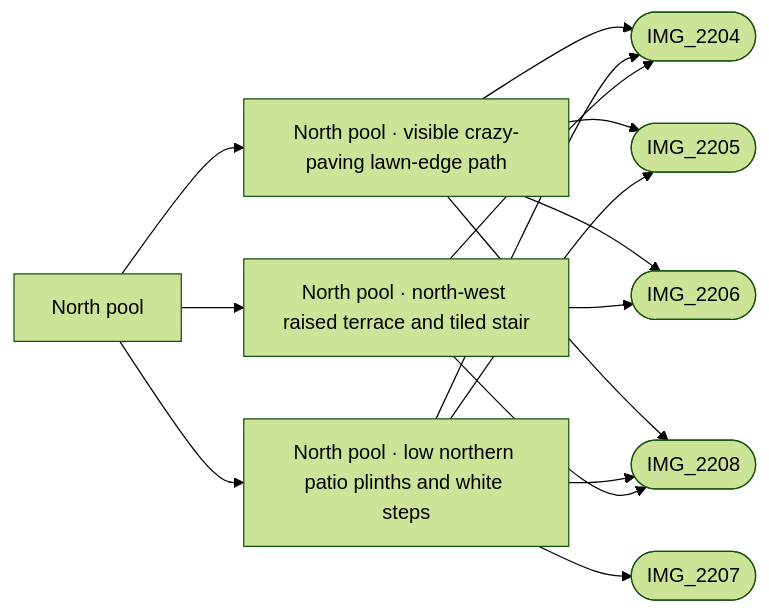
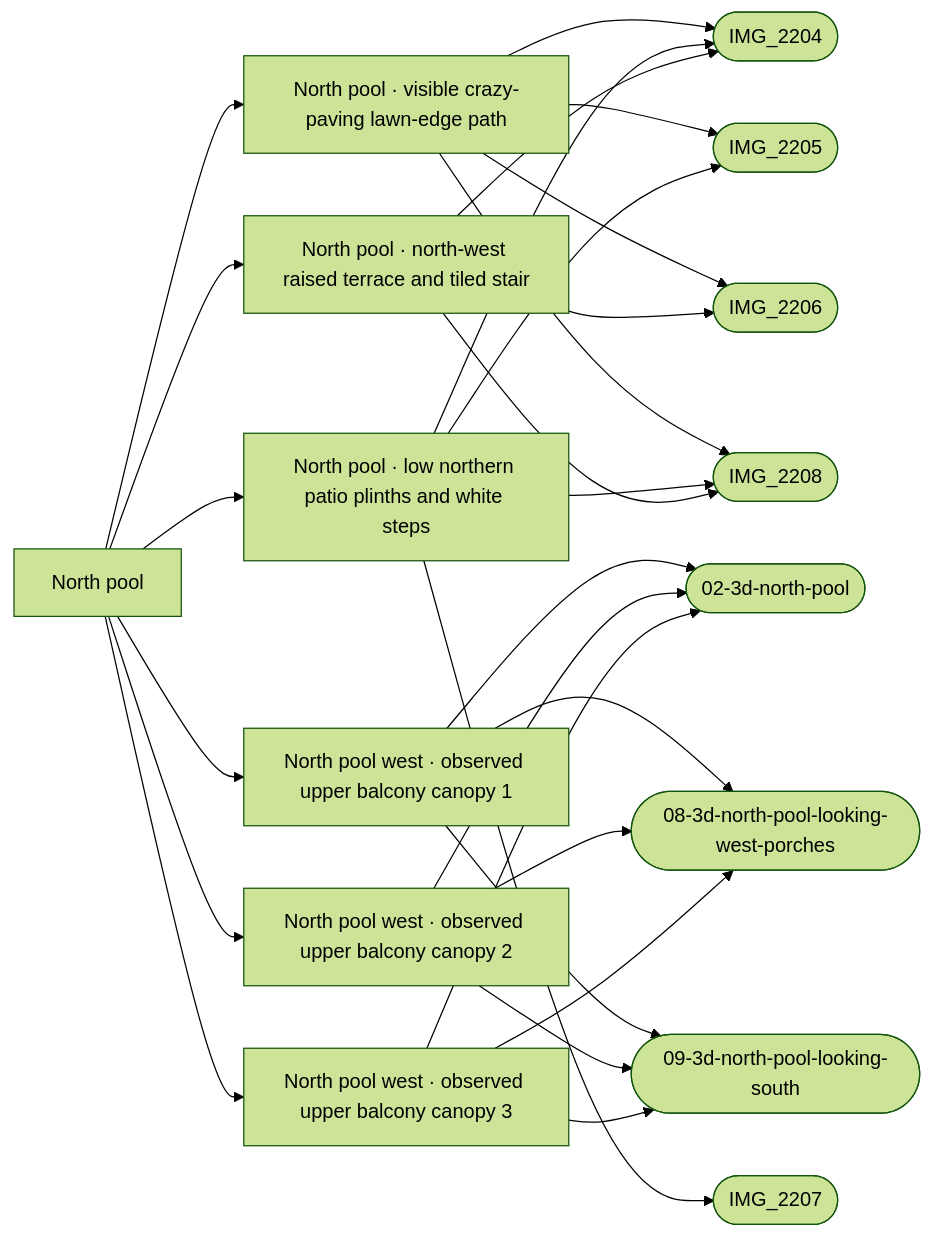
One commit to daveyboyc/villacana-venture changed the diagram in refs/areas/north-pool.md. Above: the diagram before and after it, drawn with Mermaid (forest theme). The commit also changed other lines of this file and 27 other files, not shown here.

Commit message:
Restore observed upper balcony roofs in the marked north-pool gap

````diff
--- a/refs/areas/north-pool.md
+++ b/refs/areas/north-pool.md
@@ -39,18 +40,30 @@
 ```mermaid
 graph LR
   A["North pool"]
   A --> F0["North pool · visible crazy-paving lawn-edge path"]
   F0 --> PIMG_2204_jpg(["IMG_2204"])
   F0 --> PIMG_2205_jpg(["IMG_2205"])
   F0 --> PIMG_2206_jpg(["IMG_2206"])
   F0 --> PIMG_2208_jpg(["IMG_2208"])
-  A --> F1["North pool · low northern patio plinths and white steps"]
-  F1 --> PIMG_2204_jpg(["IMG_2204"])
-  F1 --> PIMG_2205_jpg(["IMG_2205"])
-  F1 --> PIMG_2207_jpg(["IMG_2207"])
-  F1 --> PIMG_2208_jpg(["IMG_2208"])
-  A --> F2["North pool · north-west raised terrace and tiled stair"]
-  F2 --> PIMG_2204_jpg(["IMG_2204"])
-  F2 --> PIMG_2206_jpg(["IMG_2206"])
-  F2 --> PIMG_2208_jpg(["IMG_2208"])
+  A --> F1["North pool west · observed upper balcony canopy 1"]
+  F1 --> Pref_apple_maps_02_3d_north_pool_png(["02-3d-north-pool"])
+  F1 --> Pref_apple_maps_08_3d_north_pool_looking_west_porches_png(["08-3d-north-pool-looking-west-porches"])
+  F1 --> Pref_apple_maps_09_3d_north_pool_looking_south_png(["09-3d-north-pool-looking-south"])
+  A --> F2["North pool west · observed upper balcony canopy 2"]
+  F2 --> Pref_apple_maps_02_3d_north_pool_png(["02-3d-north-pool"])
+  F2 --> Pref_apple_maps_08_3d_north_pool_looking_west_porches_png(["08-3d-north-pool-looking-west-porches"])
+  F2 --> Pref_apple_maps_09_3d_north_pool_looking_south_png(["09-3d-north-pool-looking-south"])
+  A --> F3["North pool west · observed upper balcony canopy 3"]
+  F3 --> Pref_apple_maps_02_3d_north_pool_png(["02-3d-north-pool"])
+  F3 --> Pref_apple_maps_08_3d_north_pool_looking_west_porches_png(["08-3d-north-pool-looking-west-porches"])
+  F3 --> Pref_apple_maps_09_3d_north_pool_looking_south_png(["09-3d-north-pool-looking-south"])
+  A --> F4["North pool · low northern patio plinths and white steps"]
+  F4 --> PIMG_2204_jpg(["IMG_2204"])
+  F4 --> PIMG_2205_jpg(["IMG_2205"])
+  F4 --> PIMG_2207_jpg(["IMG_2207"])
+  F4 --> PIMG_2208_jpg(["IMG_2208"])
+  A --> F5["North pool · north-west raised terrace and tiled stair"]
+  F5 --> PIMG_2204_jpg(["IMG_2204"])
+  F5 --> PIMG_2206_jpg(["IMG_2206"])
+  F5 --> PIMG_2208_jpg(["IMG_2208"])
 ```
````
